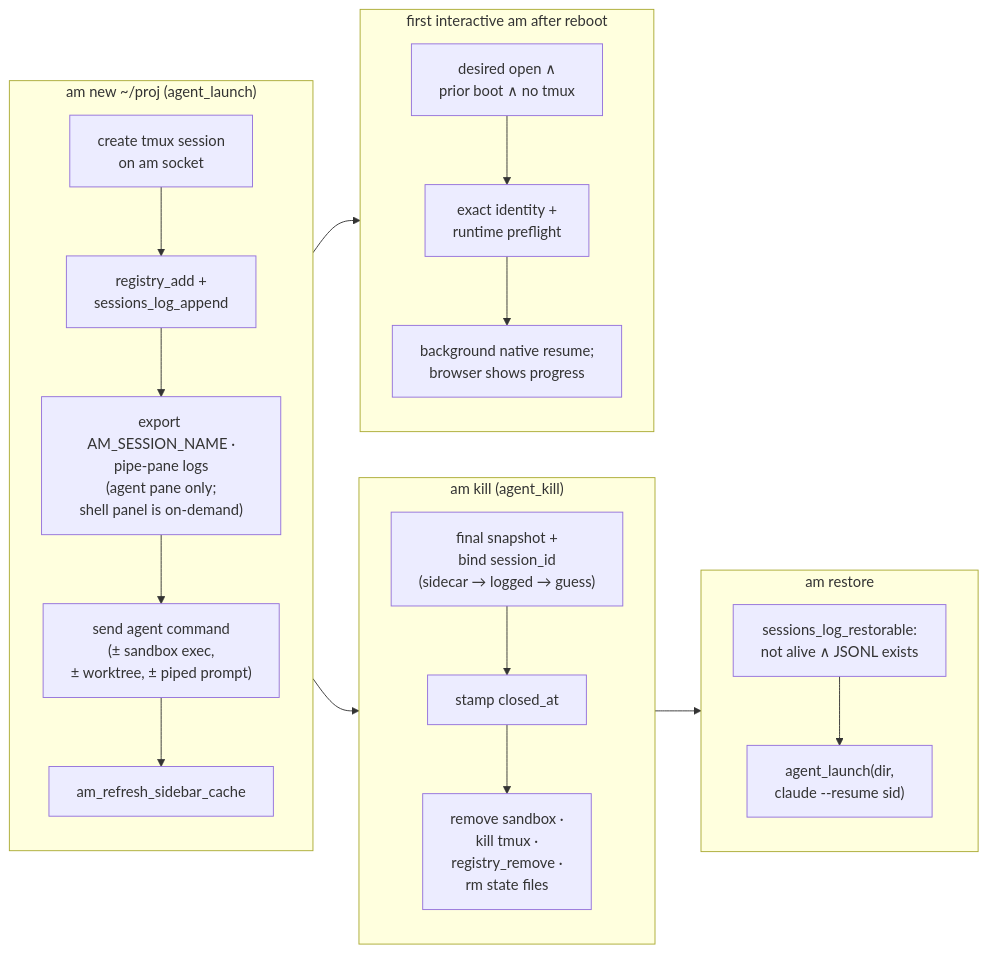
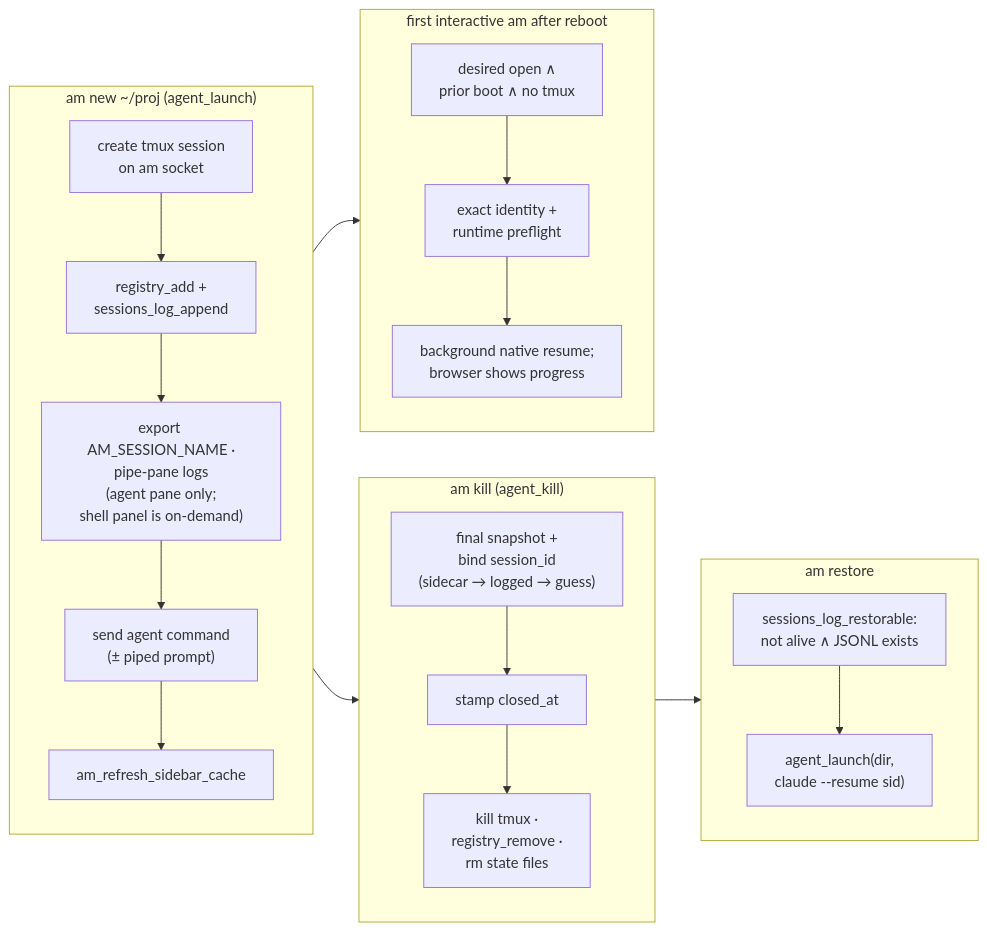
Before and after one commit to ehudt/agent-manager: the second of 2 diagrams in docs/concepts.md, drawn with Mermaid. The commit also changed other lines of this file and 47 other files, not shown here.

````diff
--- a/docs/concepts.md
+++ b/docs/concepts.md
@@ -136,22 +135,22 @@
 ```mermaid
 flowchart LR
     subgraph launch["am new ~/proj  (agent_launch)"]
       L1["create tmux session<br/>on am socket"] --> L2["registry_add +<br/>sessions_log_append"]
       L2 --> L3["export AM_SESSION_NAME ·<br/>pipe-pane logs<br/>(agent pane only;<br/>shell panel is on-demand)"]
-      L3 --> L4["send agent command<br/>(± sandbox exec,<br/>± worktree, ± piped prompt)"]
+      L3 --> L4["send agent command<br/>(± piped prompt)"]
       L4 --> L5["am_refresh_sidebar_cache"]
     end
     subgraph kill["am kill  (agent_kill)"]
       K1["final snapshot +<br/>bind session_id<br/>(sidecar → logged → guess)"] --> K2["stamp closed_at"]
-      K2 --> K3["remove sandbox ·<br/>kill tmux ·<br/>registry_remove ·<br/>rm state files"]
+      K2 --> K3["kill tmux ·<br/>registry_remove ·<br/>rm state files"]
     end
     subgraph restore["am restore"]
       R1["sessions_log_restorable:<br/>not alive ∧ JSONL exists"] --> R2["agent_launch(dir,<br/>claude --resume sid)"]
     end
     subgraph reboot["first interactive am after reboot"]
       B1["desired open ∧<br/>prior boot ∧ no tmux"] --> B2["exact identity +<br/>runtime preflight"]
       B2 --> B3["background native resume;<br/>browser shows progress"]
     end
     launch --> kill --> restore
     launch --> reboot
 ```
````
